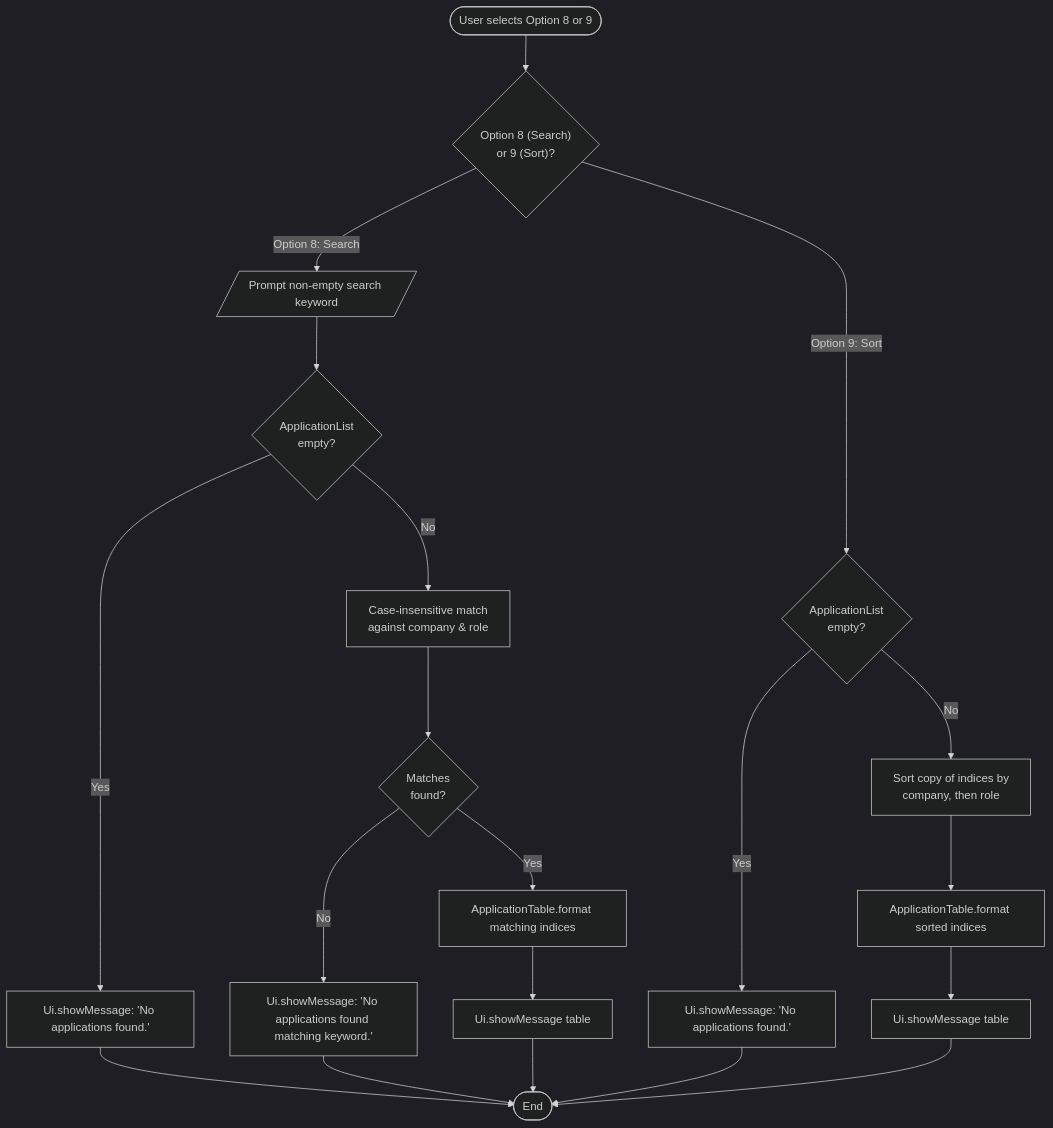
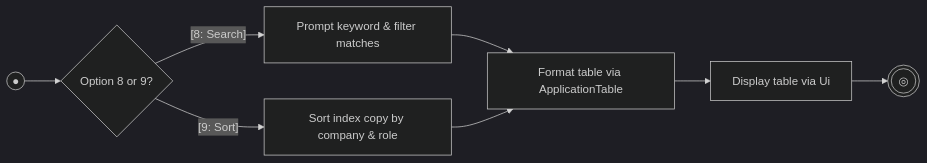
Before and after one commit to AY2627S1-CS2113-T10-2/tp: diagram 14 of 21 in docs/DeveloperGuide.md, drawn with Mermaid (dark theme). The commit also changed other lines of this file, not shown here.

First line of the commit message:
docs: align diagrams with reference guidelines and compact activity/object layouts

````diff
--- a/docs/DeveloperGuide.md
+++ b/docs/DeveloperGuide.md
@@ -862,16 +804,10 @@
 ```mermaid
-flowchart TD
-    Start([User selects Option 8 or 9]) --> CheckCmd{"Option 8 (Search)<br/>or 9 (Sort)?"}
-    CheckCmd -- Option 8: Search --> PromptKeyword[/Prompt non-empty search keyword/]
-    PromptKeyword --> CheckEmptyList{"ApplicationList<br/>empty?"}
-    CheckEmptyList -- Yes --> ShowNoApp["Ui.showMessage: 'No applications found.'"] --> End([End])
-    CheckEmptyList -- No --> FilterLoop["Case-insensitive match<br/>against company & role"]
-    FilterLoop --> CheckMatches{"Matches<br/>found?"}
-    CheckMatches -- No --> ShowNoMatch["Ui.showMessage: 'No applications found matching keyword.'"] --> End
-    CheckMatches -- Yes --> FormatTable[ApplicationTable.format matching indices] --> DisplayTable[Ui.showMessage table] --> End
-
-    CheckCmd -- Option 9: Sort --> CheckEmptySort{"ApplicationList<br/>empty?"}
-    CheckEmptySort -- Yes --> ShowNoAppSort["Ui.showMessage: 'No applications found.'"] --> End
-    CheckEmptySort -- No --> SortIndices["Sort copy of indices by<br/>company, then role"]
-    SortIndices --> FormatSortTable[ApplicationTable.format sorted indices] --> DisplaySortTable[Ui.showMessage table] --> End
+flowchart LR
+    Start((●)) --> Choice{"Option 8 or 9?"}
+    Choice -- "[8: Search]" --> Prompt[Prompt keyword & filter matches]
+    Choice -- "[9: Sort]" --> Sort[Sort index copy by company & role]
+    Prompt --> Table[Format table via ApplicationTable]
+    Sort --> Table
+    Table --> Display[Display table via Ui]
+    Display --> End(((◎)))
 ```
````
